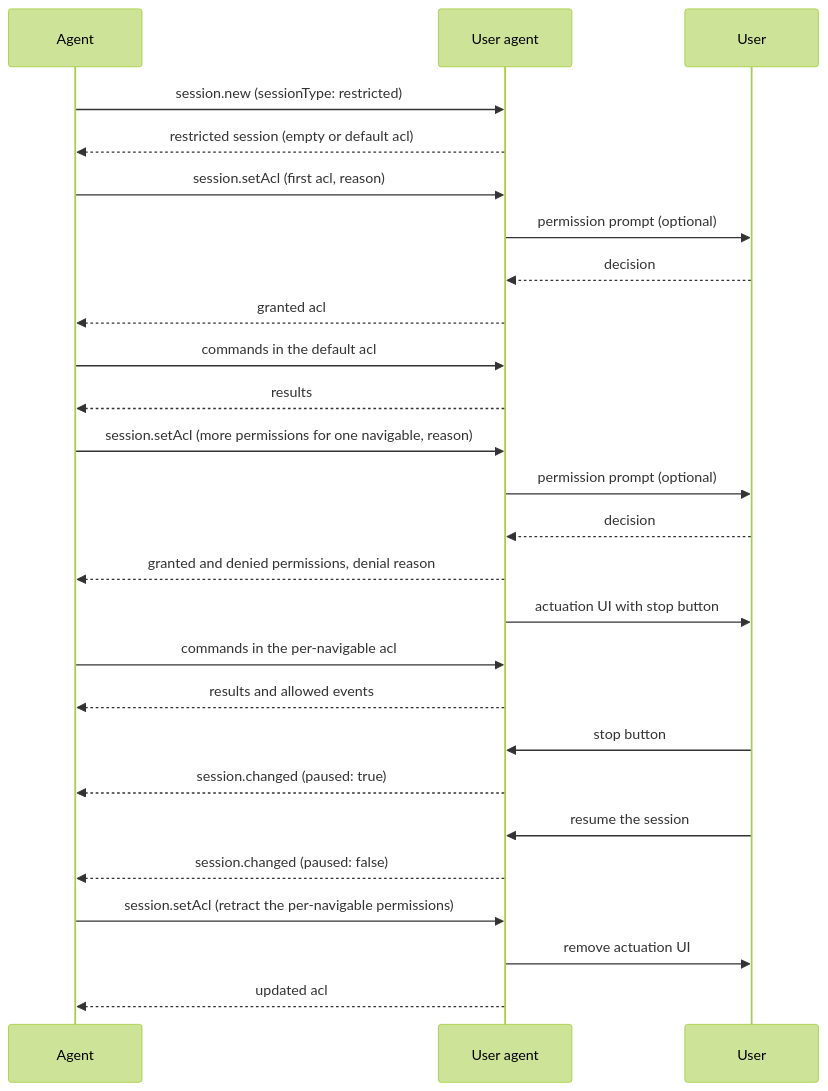
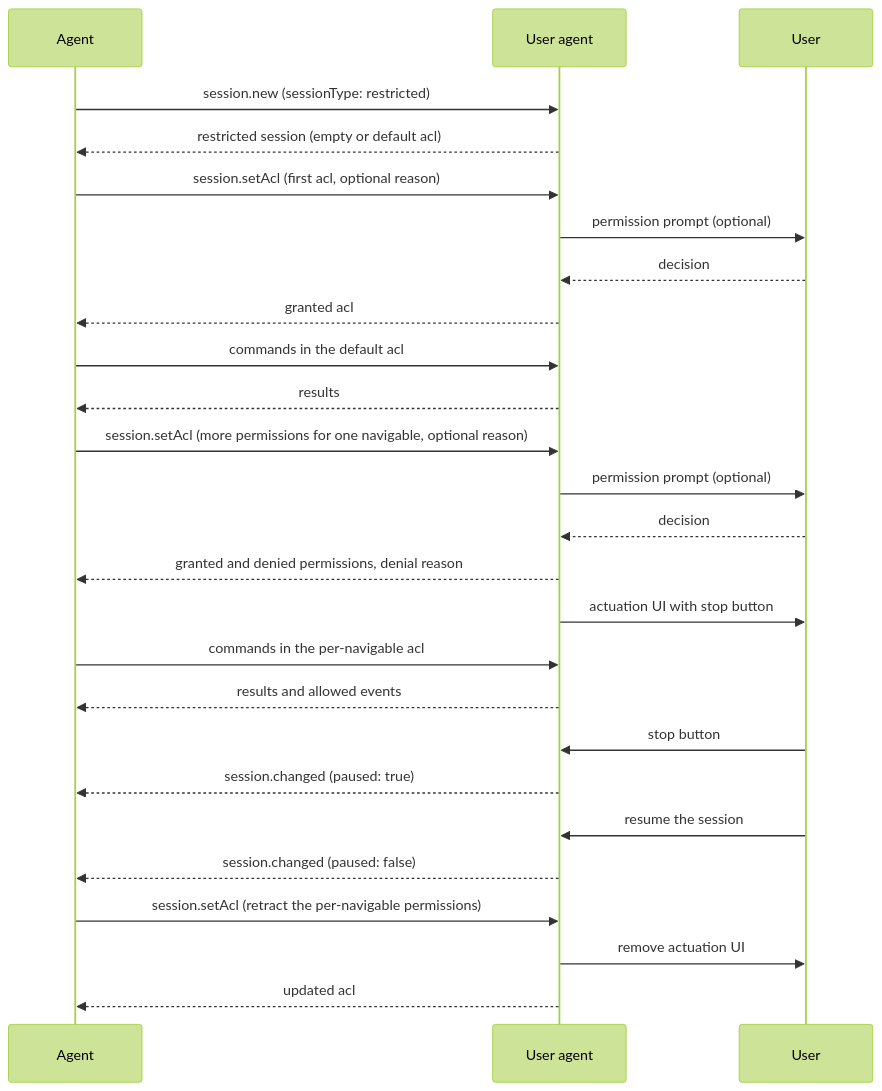
One commit to WICG/agentic-webdriver-bidi changed the diagram in README.md. Above: the diagram before and after it, drawn with Mermaid (forest theme). The commit also changed other lines of this file, not shown here.

First line of the commit message:
Clarify session.setAcl ordering, optional reason, and security scope

````diff
--- a/README.md
+++ b/README.md
@@ -482,29 +495,29 @@
 ```mermaid
 sequenceDiagram
     participant Agent
     participant UA as User agent
     participant User
 
     Agent->>UA: session.new (sessionType: restricted)
     UA-->>Agent: restricted session (empty or default acl)
-    Agent->>UA: session.setAcl (first acl, reason)
+    Agent->>UA: session.setAcl (first acl, optional reason)
     UA->>User: permission prompt (optional)
     User-->>UA: decision
     UA-->>Agent: granted acl
     Agent->>UA: commands in the default acl
     UA-->>Agent: results
-    Agent->>UA: session.setAcl (more permissions for one navigable, reason)
+    Agent->>UA: session.setAcl (more permissions for one navigable, optional reason)
     UA->>User: permission prompt (optional)
     User-->>UA: decision
     UA-->>Agent: granted and denied permissions, denial reason
     UA->>User: actuation UI with stop button
     Agent->>UA: commands in the per-navigable acl
     UA-->>Agent: results and allowed events
     User->>UA: stop button
     UA-->>Agent: session.changed (paused: true)
     User->>UA: resume the session
     UA-->>Agent: session.changed (paused: false)
     Agent->>UA: session.setAcl (retract the per-navigable permissions)
     UA->>User: remove actuation UI
     UA-->>Agent: updated acl
 ```
````
